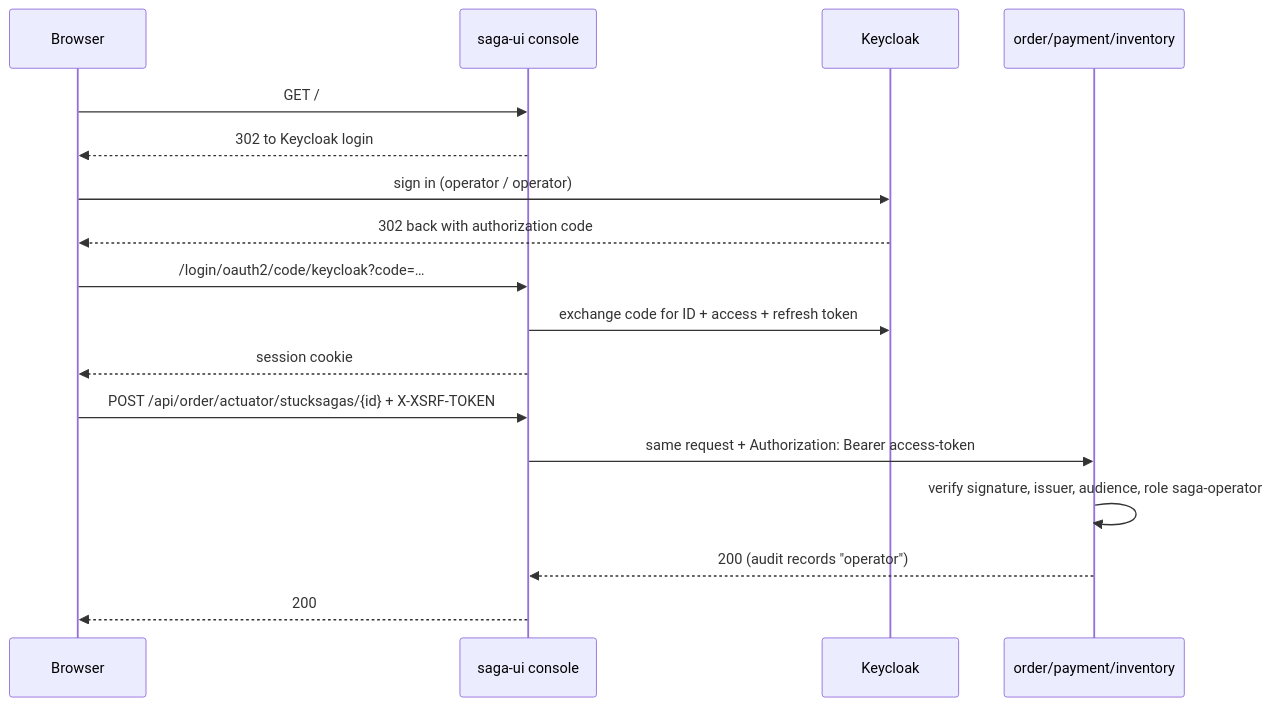
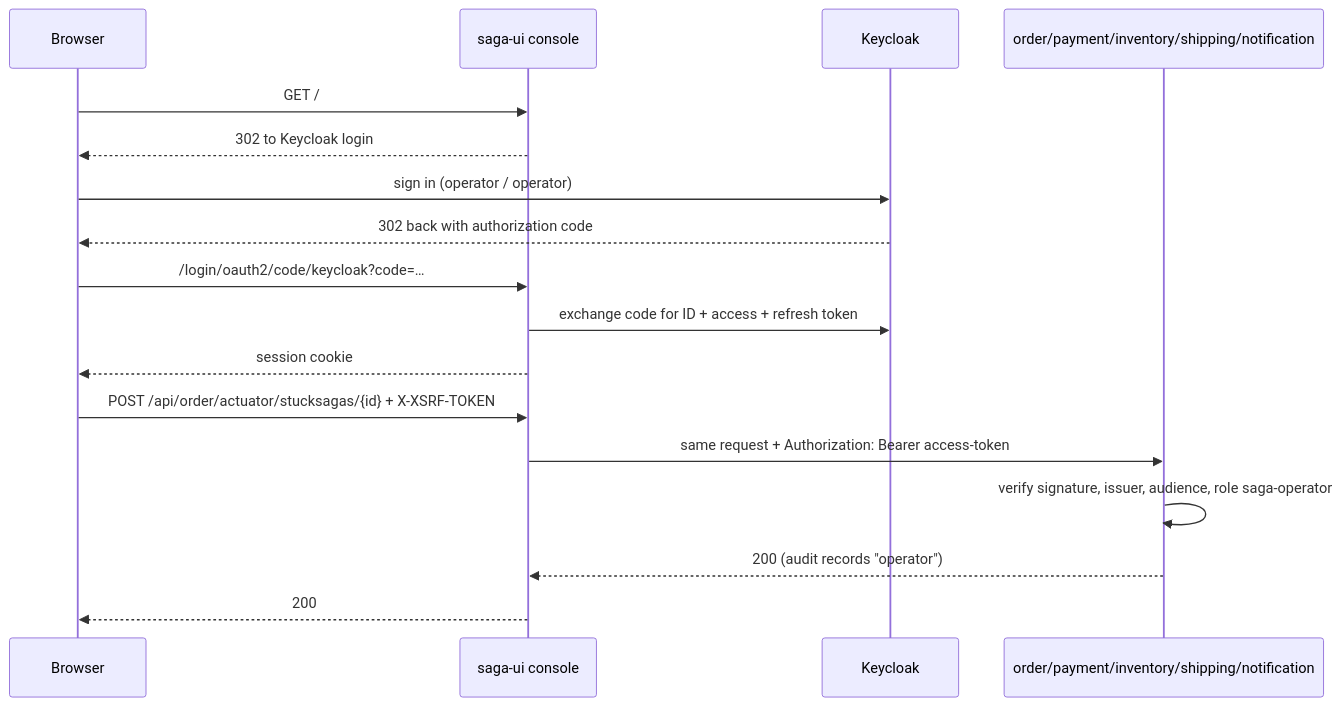
One commit to srikanthkaushik/saga changed the fourth of 4 diagrams in docs/ARCHITECTURE.md. Above: the diagram before and after it, drawn with Mermaid. The commit also changed other lines of this file and 8 other files, not shown here.

First line of the commit message:
Docs: shipping and notification services, pivot and reverse-order compensation, choreography

````diff
--- a/docs/ARCHITECTURE.md
+++ b/docs/ARCHITECTURE.md
@@ -349,19 +414,19 @@
 ```mermaid
 sequenceDiagram
     participant B as Browser
     participant UI as saga-ui console
     participant KC as Keycloak
-    participant S as order/payment/inventory
+    participant S as order/payment/inventory/shipping/notification
     B->>UI: GET /
     UI-->>B: 302 to Keycloak login
     B->>KC: sign in (operator / operator)
     KC-->>B: 302 back with authorization code
     B->>UI: /login/oauth2/code/keycloak?code=…
     UI->>KC: exchange code for ID + access + refresh token
     UI-->>B: session cookie
     B->>UI: POST /api/order/actuator/stucksagas/{id} + X-XSRF-TOKEN
     UI->>S: same request + Authorization: Bearer access-token
     S->>S: verify signature, issuer, audience, role saga-operator
     S-->>UI: 200 (audit records "operator")
     UI-->>B: 200
 ```
````
